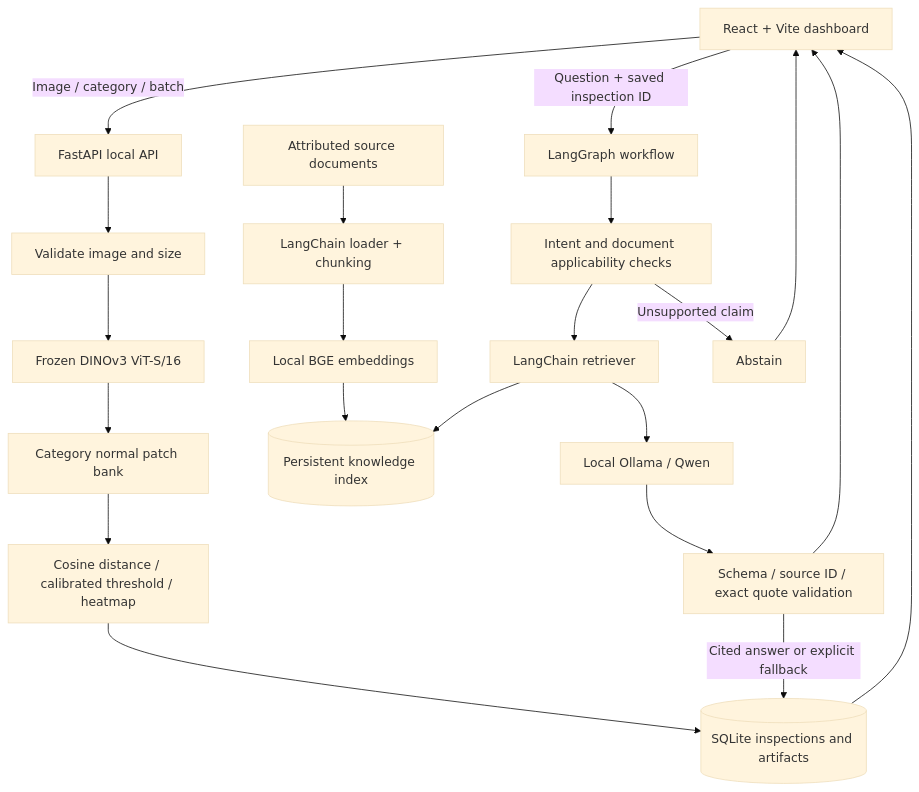
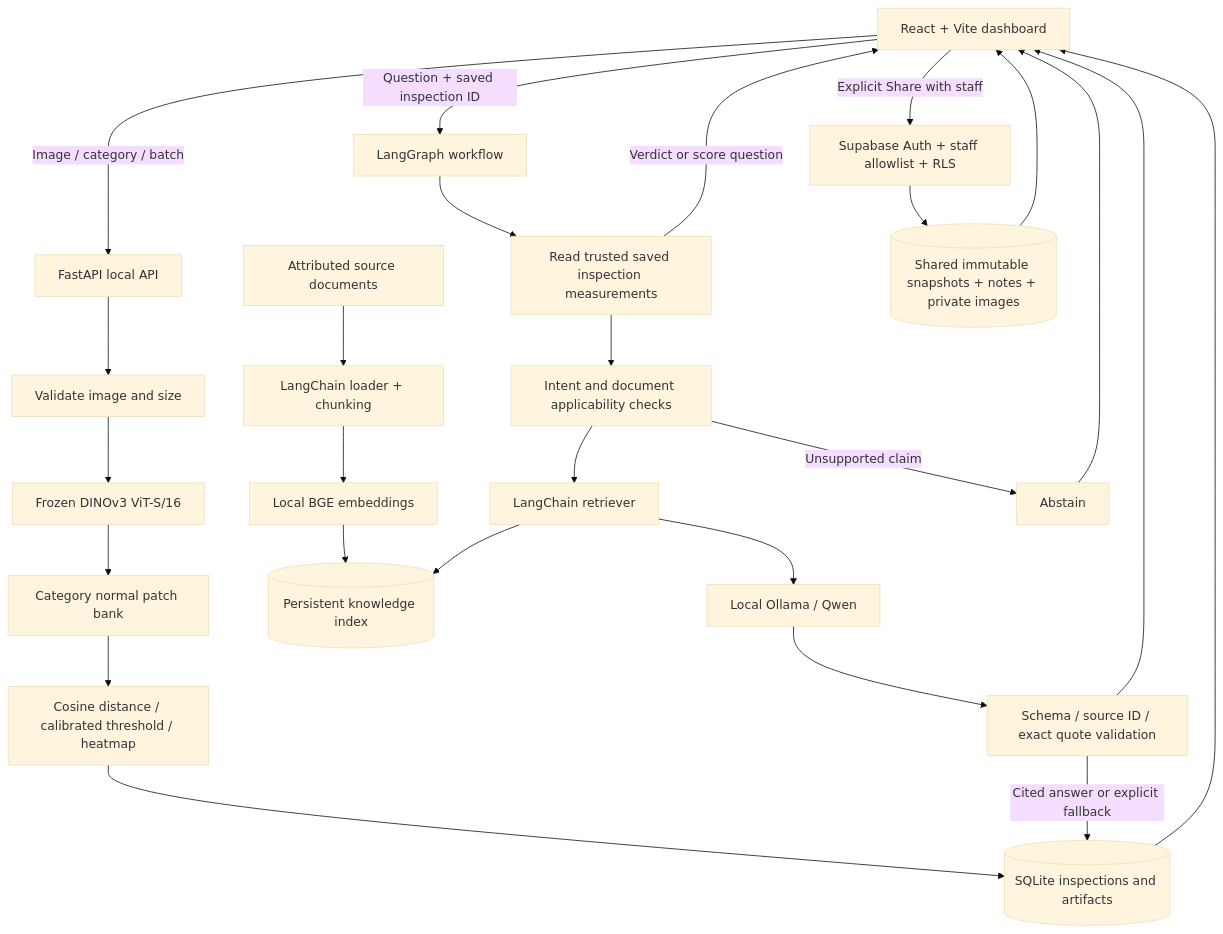
Before and after one commit to WAYTECHG/DefectRAG: the diagram in docs/ARCHITECTURE.md, drawn with Mermaid (base theme). The commit also changed other lines of this file and 77 other files, not shown here.

````diff
--- a/docs/ARCHITECTURE.md
+++ b/docs/ARCHITECTURE.md
@@ -3,23 +3,28 @@
 ```mermaid
 flowchart TD
     UI[React + Vite dashboard] -->|Image / category / batch| API[FastAPI local API]
     API --> VALID[Validate image and size]
     VALID --> DINO[Frozen DINOv3 ViT-S/16]
     DINO --> BANK[Category normal patch bank]
     BANK --> SCORE[Cosine distance / calibrated threshold / heatmap]
     SCORE --> DB[(SQLite inspections and artifacts)]
     DB --> UI
     UI -->|Question + saved inspection ID| GRAPH[LangGraph workflow]
-    GRAPH --> SCOPE[Intent and document applicability checks]
+    GRAPH --> FACTS[Read trusted saved inspection measurements]
+    FACTS -->|Verdict or score question| UI
+    FACTS --> SCOPE[Intent and document applicability checks]
     SCOPE --> RET[LangChain retriever]
     KB[Attributed source documents] --> LOAD[LangChain loader + chunking]
     LOAD --> EMB[Local BGE embeddings]
     EMB --> INDEX[(Persistent knowledge index)]
     RET --> INDEX
     RET --> QWEN[Local Ollama / Qwen]
     QWEN --> CHECK[Schema / source ID / exact quote validation]
     CHECK -->|Cited answer or explicit fallback| DB
     SCOPE -->|Unsupported claim| ABSTAIN[Abstain]
     ABSTAIN --> UI
     CHECK --> UI
+    UI -->|Explicit Share with staff| CLOUD[Supabase Auth + staff allowlist + RLS]
+    CLOUD --> TEAM[(Shared immutable snapshots + notes + private images)]
+    TEAM --> UI
 ```
````
